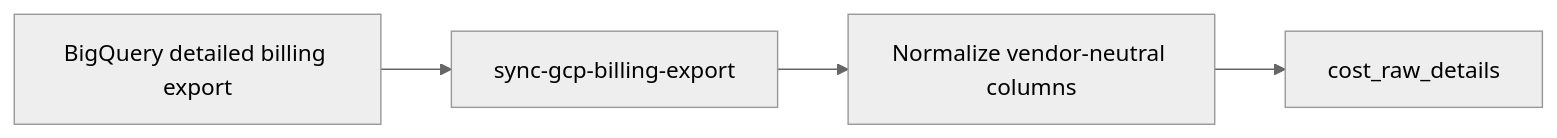
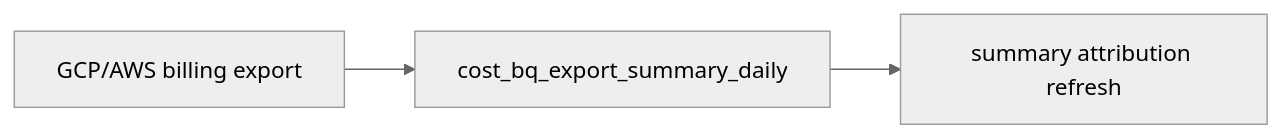
The first of 4 diagrams in cost-insight/docs/system-design.md (PingCAP-QE/ee-apps), drawn with Mermaid (neutral theme) before and after one commit. The commit also changed other lines of this file and 23 other files, not shown here.

First line of the commit message:
refactor(cost-insight): retire legacy raw cost pipeline (#612)

````diff
--- a/cost-insight/docs/system-design.md
+++ b/cost-insight/docs/system-design.md
@@ -453,6 +340,5 @@
 ```mermaid
 flowchart LR
-  BQ["BigQuery detailed billing export"] --> Extract["sync-gcp-billing-export"]
-  Extract --> Normalize["Normalize vendor-neutral columns"]
-  Normalize --> RawDetails["cost_raw_details"]
+  Export["GCP/AWS billing export"] --> Summary["cost_bq_export_summary_daily"]
+  Summary --> Attribution["summary attribution refresh"]
 ```
````
